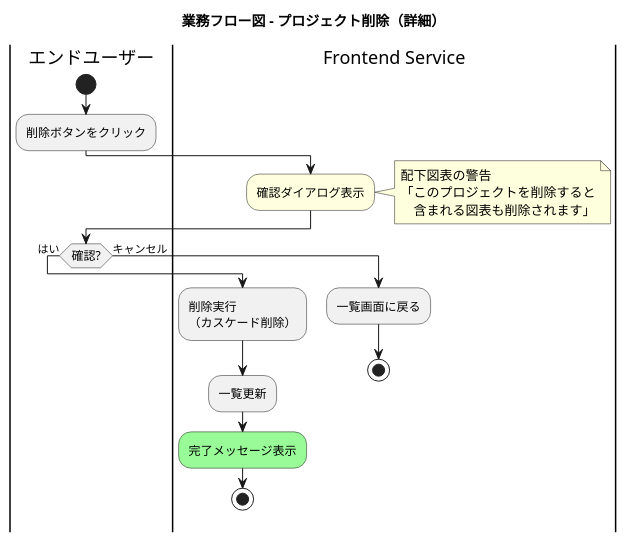
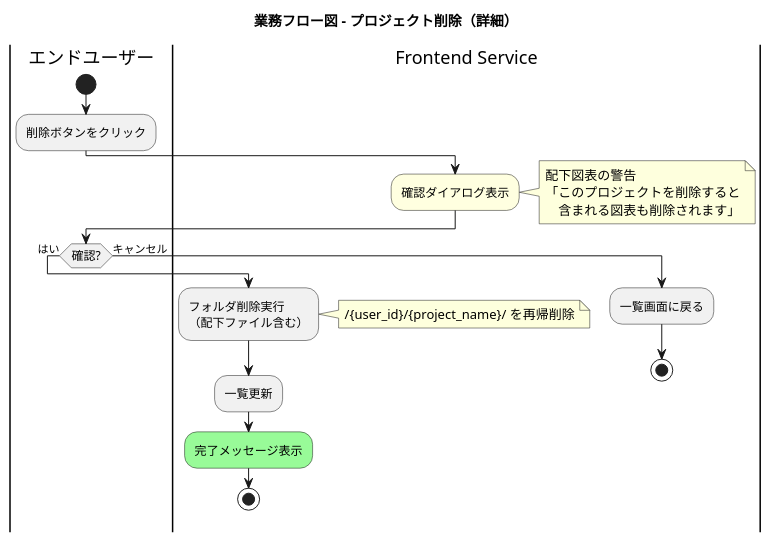
The ninth of 19 diagrams in docs/proposals/PlantUML_Studio_業務フロー図_20251201.md (yoshiwo3/PlantUML2_Opus4.5), drawn with PlantUML before and after one commit. The commit also changed other lines of this file and 14 other files, not shown here.

````diff
--- a/docs/proposals/PlantUML_Studio_業務フロー図_20251201.md
+++ b/docs/proposals/PlantUML_Studio_業務フロー図_20251201.md
@@ -914,34 +930,37 @@
 ```plantuml
 @startuml business_flow_project_delete_detail
 skinparam ActivityFontSize 12
 skinparam ConditionEndStyle hline
 
 title 業務フロー図 - プロジェクト削除（詳細）
 
 |エンドユーザー|
 start
 :削除ボタンをクリック;
 
 |Frontend Service|
 #lightyellow:確認ダイアログ表示;
 note right
   配下図表の警告
   「このプロジェクトを削除すると
   　含まれる図表も削除されます」
 end note
 
 |エンドユーザー|
 if (確認?) then (はい)
   |Frontend Service|
-  :削除実行\n（カスケード削除）;
+  :フォルダ削除実行\n（配下ファイル含む）;
+  note right
+    /{user_id}/{project_name}/ を再帰削除
+  end note
   :一覧更新;
   #palegreen:完了メッセージ表示;
   stop
 else (キャンセル)
   |Frontend Service|
   :一覧画面に戻る;
   stop
 endif
 
 @enduml
 ```
````
